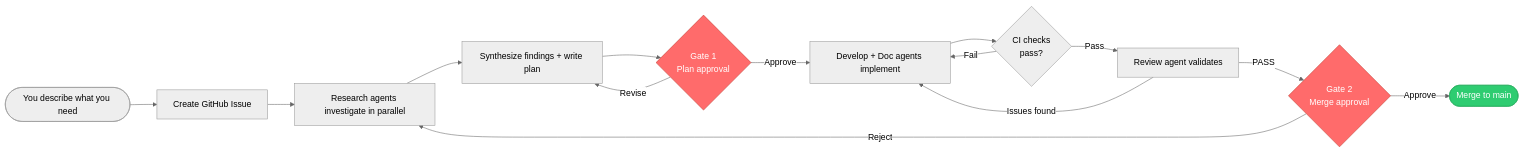
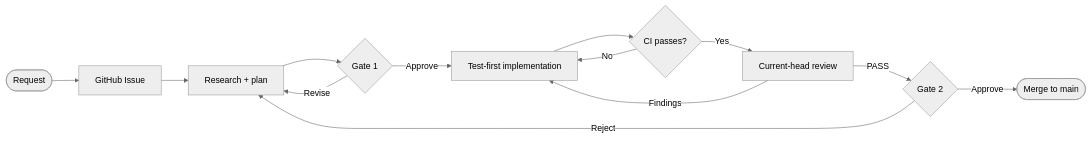
The diagram in README.md (Mpfk/auto), drawn with Mermaid (neutral theme) before and after one commit. The commit also changed other lines of this file and 52 other files, not shown here.

````diff
--- a/README.md
+++ b/README.md
@@ -26,20 +25,15 @@
 ```mermaid
 flowchart LR
-    A([You describe what you need]) --> B[Create GitHub Issue]
-    B --> C[Research agents investigate in parallel]
-    C --> D[Synthesize findings + write plan]
-    D --> G1{Gate 1<br/>Plan approval}
-    G1 -- Approve --> E[Develop + Doc agents implement]
-    G1 -- Revise --> D
-    E --> CI{CI checks<br/>pass?}
-    CI -- Fail --> E
-    CI -- Pass --> F[Review agent validates]
-    F -- Issues found --> E
-    F -- PASS --> G2{Gate 2<br/>Merge approval}
+    A([Request]) --> B[GitHub Issue]
+    B --> C[Research + plan]
+    C --> G1{Gate 1}
+    G1 -- Approve --> D[Test-first implementation]
+    G1 -- Revise --> C
+    D --> CI{CI passes?}
+    CI -- No --> D
+    CI -- Yes --> R[Current-head review]
+    R -- Findings --> D
+    R -- PASS --> G2{Gate 2}
     G2 -- Approve --> M([Merge to main])
     G2 -- Reject --> C
-
-    style G1 fill:#ff6b6b,color:#fff,stroke:#c0392b
-    style G2 fill:#ff6b6b,color:#fff,stroke:#c0392b
-    style M fill:#2ecc71,color:#fff,stroke:#27ae60
 ```
````
